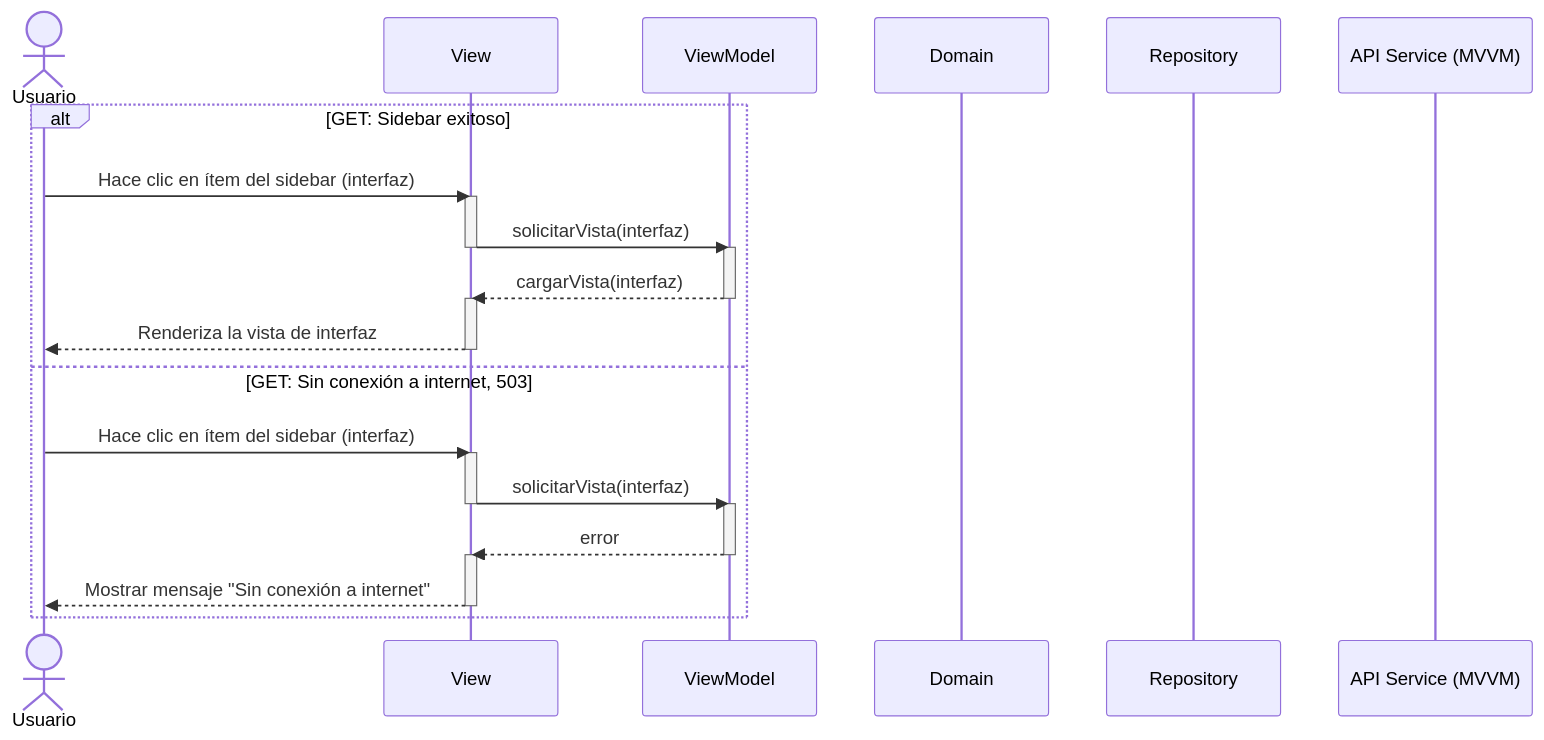
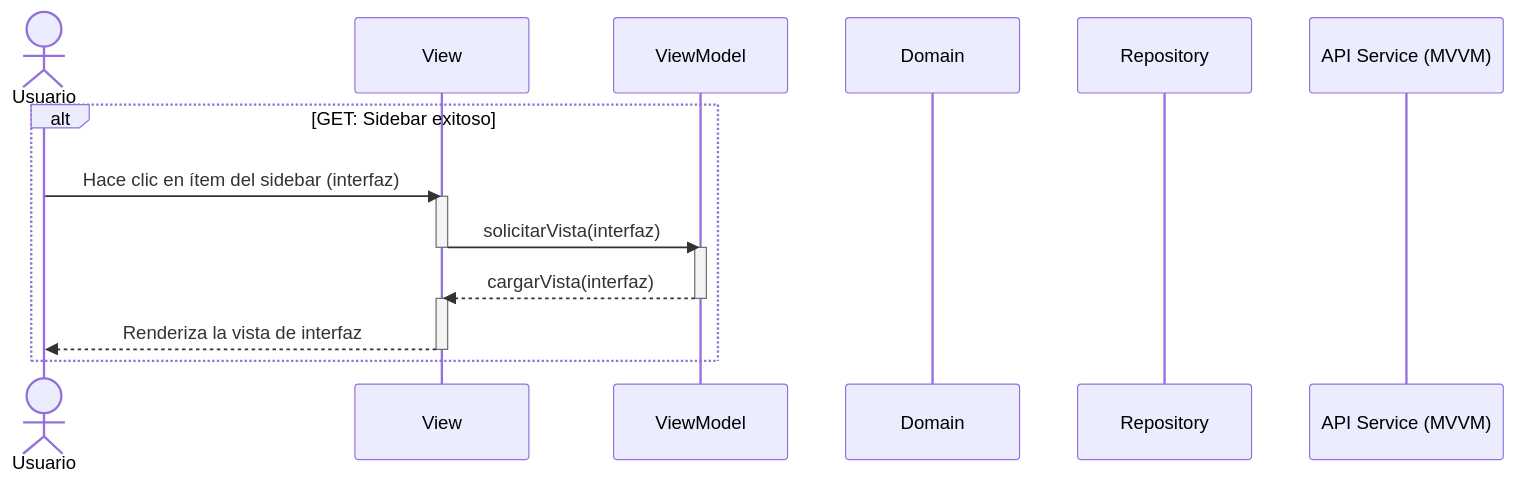
The diagram in documentation/docs/proyectos/larvas/documentacion/requisitos/RF34.md (CodeAnd-Co/Documentacion), drawn with Mermaid before and after one commit. The commit also changed other lines of this file and 3 other files, not shown here.

````diff
--- a/documentation/docs/proyectos/larvas/documentacion/requisitos/RF34.md
+++ b/documentation/docs/proyectos/larvas/documentacion/requisitos/RF34.md
@@ -27,40 +27,26 @@
 ```mermaid
 sequenceDiagram
     actor Usuario 
     participant View as View
     participant ViewModel as ViewModel
     participant Domain as Domain
     participant Repository as Repository
     participant APIService as API Service (MVVM)
 
     alt GET: Sidebar exitoso
         Usuario->>View: Hace clic en ítem del sidebar (interfaz)
         activate View
 
         View->>ViewModel: solicitarVista(interfaz)
         deactivate View
         activate ViewModel
 
         ViewModel-->>View: cargarVista(interfaz)
         deactivate ViewModel
         activate View
 
         View-->>Usuario: Renderiza la vista de interfaz
         deactivate View
-    else GET: Sin conexión a internet, 503
-        Usuario->>View: Hace clic en ítem del sidebar (interfaz)
-        activate View
-
-        View->>ViewModel: solicitarVista(interfaz)
-        deactivate View
-        activate ViewModel
-
-        ViewModel-->>View: error
-        deactivate ViewModel
-        activate View
-
-        View-->>Usuario: Mostrar mensaje "Sin conexión a internet"
-        deactivate View
     end
 
 ```
````
